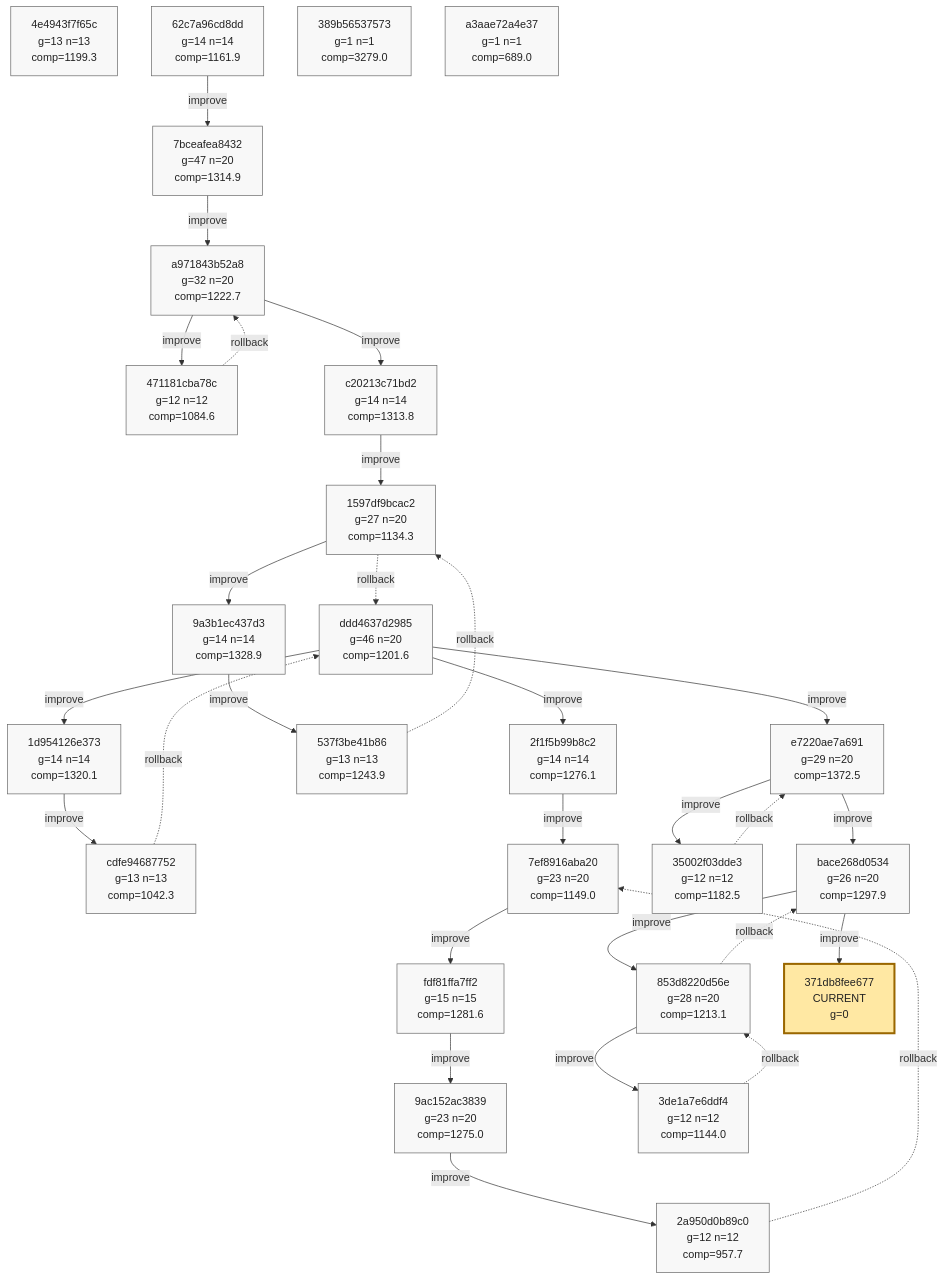
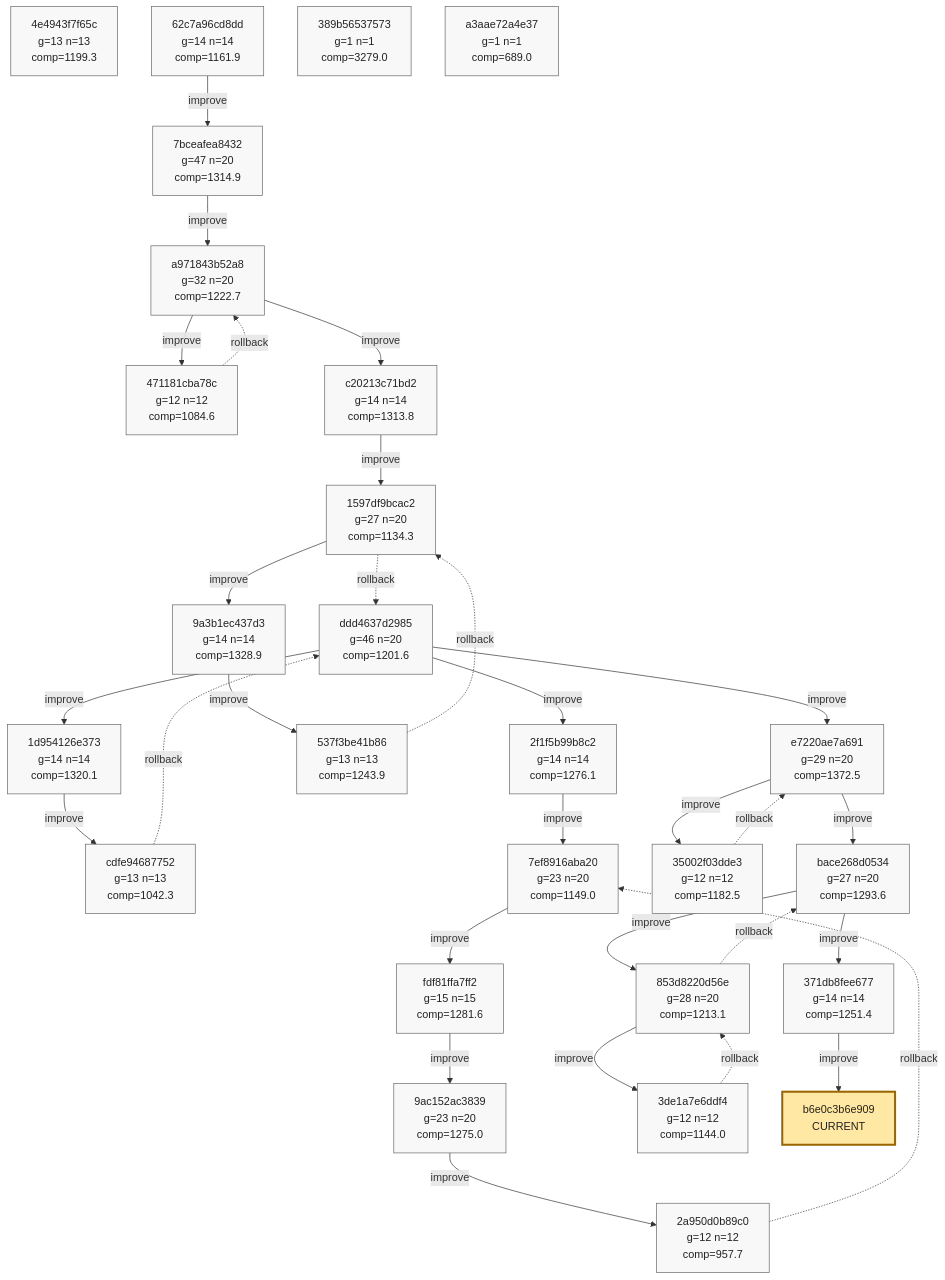
One commit to azumag/soviet_now changed the ninth of 9 diagrams in phyrogenetic-tree.md. Above: the diagram before and after it, drawn with Mermaid. The commit also changed other lines of this file and 2 other files, not shown here.

Commit message:
eloop Improve after 12 games (scores: 1772 1115 1550 1916 926 1473 906 960 1292 1446 817 3905)

````diff
--- a/phyrogenetic-tree.md
+++ b/phyrogenetic-tree.md
@@ -2250,12 +2250,13 @@
     h_537f3be41b86["537f3be41b86<br/>g=13 n=13<br/>comp=1243.9"]
     h_e7220ae7a691["e7220ae7a691<br/>g=29 n=20<br/>comp=1372.5"]
     h_35002f03dde3["35002f03dde3<br/>g=12 n=12<br/>comp=1182.5"]
-    h_bace268d0534["bace268d0534<br/>g=26 n=20<br/>comp=1297.9"]
+    h_bace268d0534["bace268d0534<br/>g=27 n=20<br/>comp=1293.6"]
     h_853d8220d56e["853d8220d56e<br/>g=28 n=20<br/>comp=1213.1"]
     h_3de1a7e6ddf4["3de1a7e6ddf4<br/>g=12 n=12<br/>comp=1144.0"]
+    h_371db8fee677["371db8fee677<br/>g=14 n=14<br/>comp=1251.4"]
     h_389b56537573["389b56537573<br/>g=1 n=1<br/>comp=3279.0"]
     h_a3aae72a4e37["a3aae72a4e37<br/>g=1 n=1<br/>comp=689.0"]
-    h_371db8fee677["371db8fee677<br/>CURRENT<br/>g=0"]
+    h_b6e0c3b6e909["b6e0c3b6e909<br/>CURRENT"]
 
     h_ddd4637d2985 -->|improve| h_1d954126e373
     h_1d954126e373 -->|improve| h_cdfe94687752
@@ -2285,6 +2286,7 @@
     h_3de1a7e6ddf4 -. rollback .-> h_853d8220d56e
     h_853d8220d56e -. rollback .-> h_bace268d0534
     h_bace268d0534 -->|improve| h_371db8fee677
+    h_371db8fee677 -->|improve| h_b6e0c3b6e909
 
     classDef plain fill:#f8f8f8,stroke:#666,stroke-width:1px,color:#222;
     classDef current fill:#ffe8a3,stroke:#9a6700,stroke-width:3px,color:#222;
@@ -2313,7 +2315,8 @@
     class h_bace268d0534 plain;
     class h_853d8220d56e plain;
     class h_3de1a7e6ddf4 plain;
+    class h_371db8fee677 plain;
     class h_389b56537573 plain;
     class h_a3aae72a4e37 plain;
-    class h_371db8fee677 current;
+    class h_b6e0c3b6e909 current;
 ```
````
